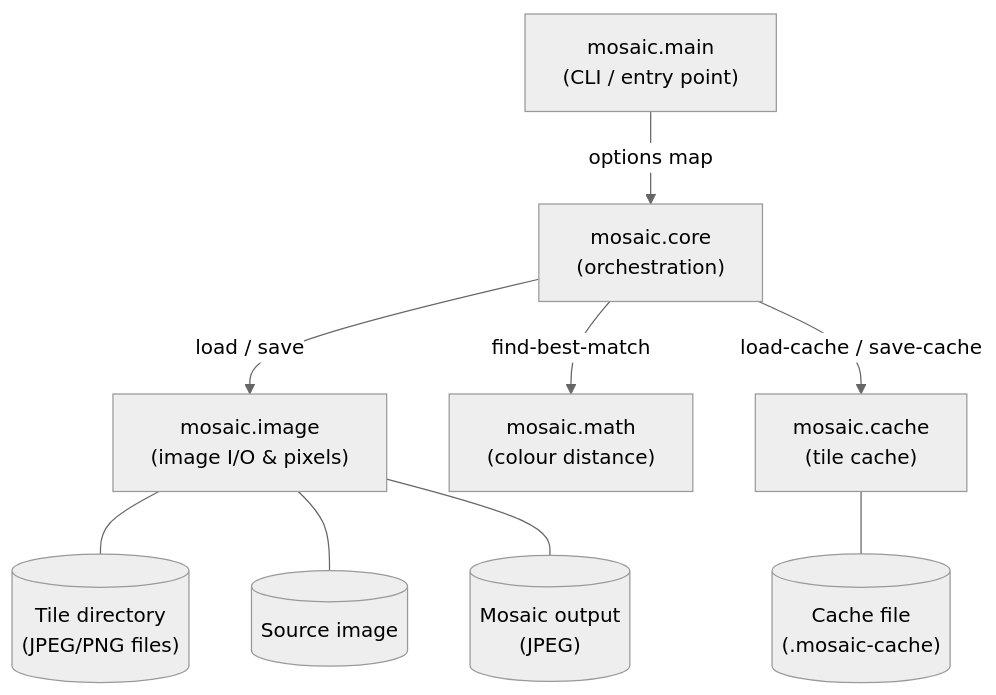
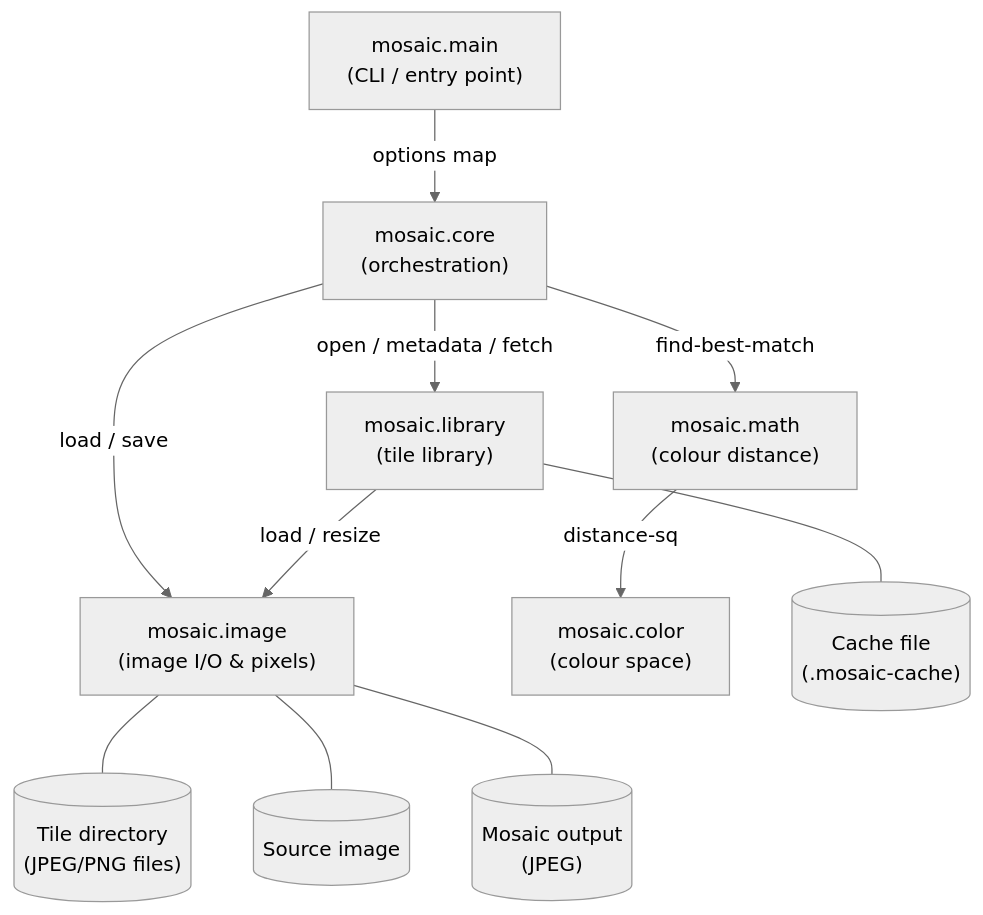
One commit to frankhjung/clojure-mosaic changed the first of 2 diagrams in doc/architecture.md. Above: the diagram before and after it, drawn with Mermaid (neutral theme). The commit also changed other lines of this file and 5 other files, not shown here.

Commit message:
refactor: abstract tile management into a new Library component and remove the deprecated cache namespace

````diff
--- a/doc/architecture.md
+++ b/doc/architecture.md
@@ -22,22 +23,25 @@
 ```mermaid
 graph TD
     CLI["mosaic.main\n(CLI / entry point)"]
     CORE["mosaic.core\n(orchestration)"]
+    LIB["mosaic.library\n(tile library)"]
     IMAGE["mosaic.image\n(image I/O & pixels)"]
     MATH["mosaic.math\n(colour distance)"]
-    CACHE["mosaic.cache\n(tile cache)"]
+    COLOR["mosaic.color\n(colour space)"]
 
     TILEDIR[("Tile directory\n(JPEG/PNG files)")]
     CACHEFILE[("Cache file\n(.mosaic-cache)")]
     SRCIMG[("Source image")]
     OUTIMG[("Mosaic output\n(JPEG)")]
 
     CLI -->|"options map"| CORE
+    CORE -->|"open / metadata / fetch"| LIB
     CORE -->|"load / save"| IMAGE
     CORE -->|"find-best-match"| MATH
-    CORE -->|"load-cache / save-cache"| CACHE
-    CACHE --- CACHEFILE
+    LIB -->|"load / resize"| IMAGE
+    LIB --- CACHEFILE
+    MATH -->|"distance-sq"| COLOR
     IMAGE --- TILEDIR
     IMAGE --- SRCIMG
     IMAGE --- OUTIMG
 ```
````
